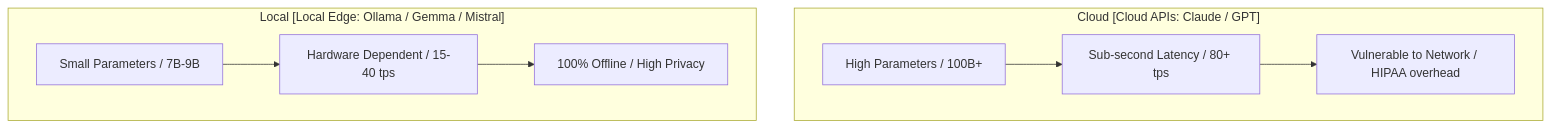
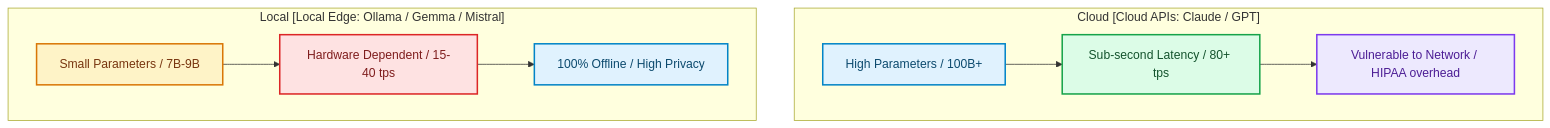
Before and after one commit to akmalkhaniub/akmalkhaniub.github.io: the first of 2 diagrams in blog/posts/offline-llms-ollama-local-runtimes.md, drawn with Mermaid. The commit also changed other lines of this file and 1291 other files, not shown here.

First line of the commit message:
feat(catalog): unique covers, scholarly references, and diagram palettes

````diff
--- a/blog/posts/offline-llms-ollama-local-runtimes.md
+++ b/blog/posts/offline-llms-ollama-local-runtimes.md
@@ -49,12 +49,23 @@
 ```mermaid
 flowchart TD
     subgraph SG1_CloudCloudApis ["Cloud [Cloud APIs: Claude / GPT]"]
-        C_Cap[High Parameters / 100B+] --> C_Lat[Sub-second Latency / 80+ tps]
-        C_Lat --> C_Sec[Vulnerable to Network / HIPAA overhead]
+        C_Cap["High Parameters / 100B+"] --> C_Lat["Sub-second Latency / 80+ tps"]
+        C_Lat --> C_Sec["Vulnerable to Network / HIPAA overhead"]
     end
     
     subgraph SG2_LocalLocalEdge ["Local [Local Edge: Ollama / Gemma / Mistral]"]
-        L_Cap[Small Parameters / 7B-9B] --> L_Lat[Hardware Dependent / 15-40 tps]
-        L_Lat --> L_Sec[100% Offline / High Privacy]
+        L_Cap["Small Parameters / 7B-9B"] --> L_Lat["Hardware Dependent / 15-40 tps"]
+        L_Lat --> L_Sec["100% Offline / High Privacy"]
     end
+
+classDef green fill:#dcfce7,stroke:#16a34a,stroke-width:2px,color:#14532d;
+classDef red fill:#fee2e2,stroke:#dc2626,stroke-width:2px,color:#7f1d1d;
+classDef blue fill:#e0f2fe,stroke:#0284c7,stroke-width:2px,color:#0c4a6e;
+classDef yellow fill:#fef3c7,stroke:#d97706,stroke-width:2px,color:#78350f;
+classDef purple fill:#ede9fe,stroke:#7c3aed,stroke-width:2px,color:#4c1d95;
+class C_Cap,L_Sec blue
+class C_Lat green
+class C_Sec purple
+class L_Cap yellow
+class L_Lat red
 ```
````
